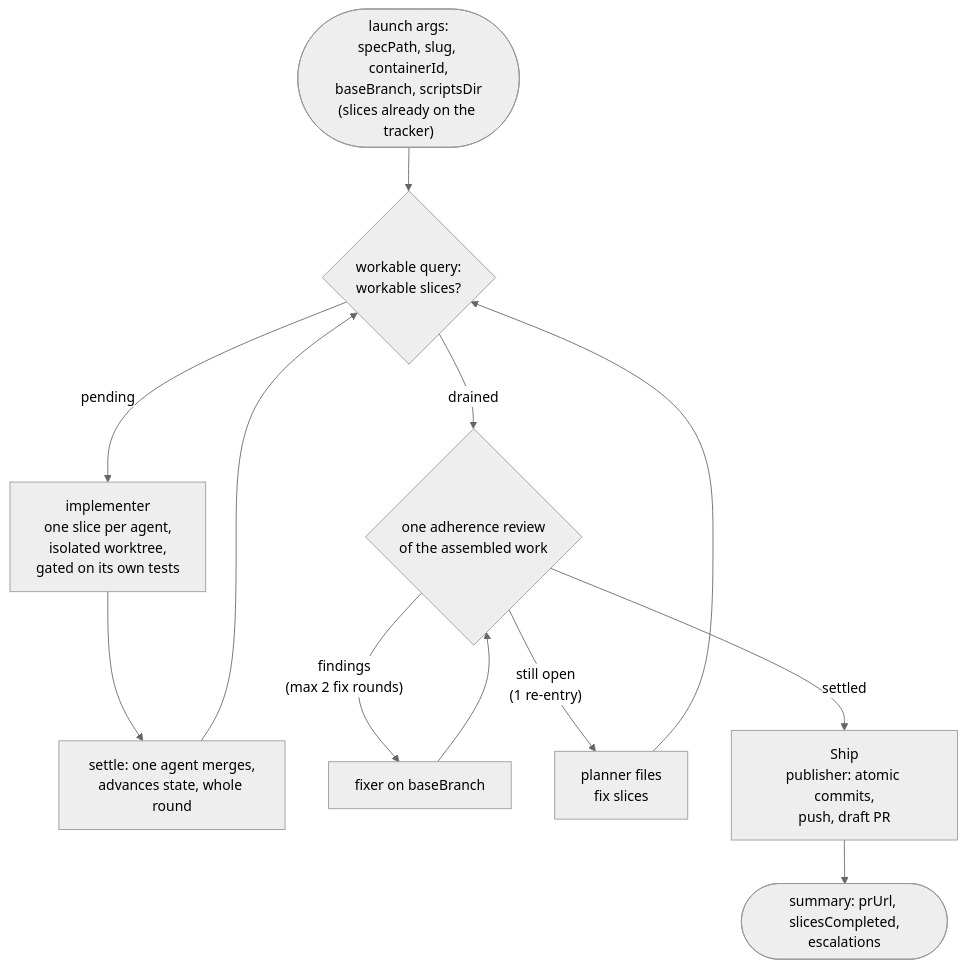
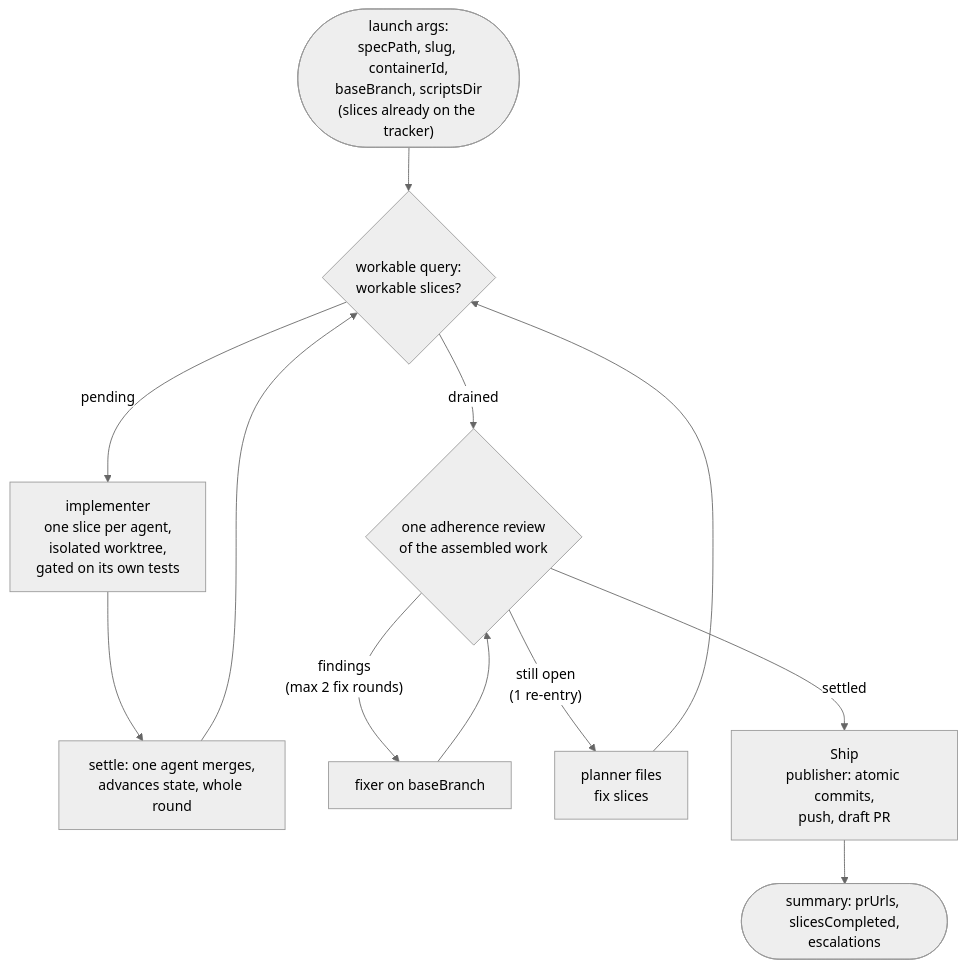
One commit to kpeez/agent-toolbox changed the second of 2 diagrams in plugins/swe/README.md. Above: the diagram before and after it, drawn with Mermaid (neutral theme). The commit also changed 4 other files, not shown here.

````diff
--- a/plugins/swe/README.md
+++ b/plugins/swe/README.md
@@ -74,14 +74,14 @@
 ```mermaid
 flowchart TD
   L(["launch args:<br/>specPath, slug, containerId,<br/>baseBranch, scriptsDir<br/>(slices already on the tracker)"]) --> F{"workable query:<br/>workable slices?"}
   F -- "pending" --> IM["implementer<br/>one slice per agent,<br/>isolated worktree,<br/>gated on its own tests"]
   IM --> M["settle: one agent merges,<br/>advances state, whole round"]
   M --> F
   F -- "drained" --> R{"one adherence review<br/>of the assembled work"}
   R -- "findings<br/>(max 2 fix rounds)" --> FX["fixer on baseBranch"]
   FX --> R
   R -- "still open<br/>(1 re-entry)" --> FF["planner files<br/>fix slices"]
   FF --> F
   R -- "settled" --> SH["Ship<br/>publisher: atomic commits,<br/>push, draft PR"]
-  SH --> OUT(["summary: prUrl, slicesCompleted,<br/>escalations"])
+  SH --> OUT(["summary: prUrls, slicesCompleted,<br/>escalations"])
 ```
````
